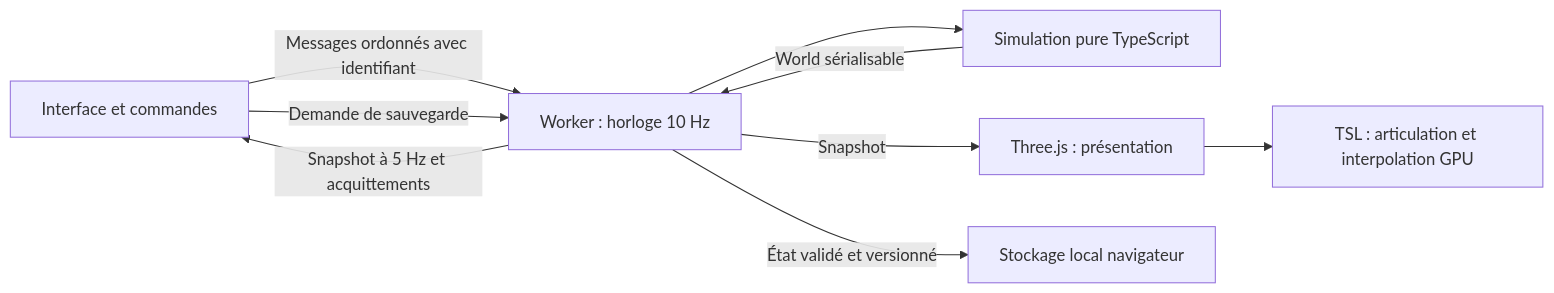
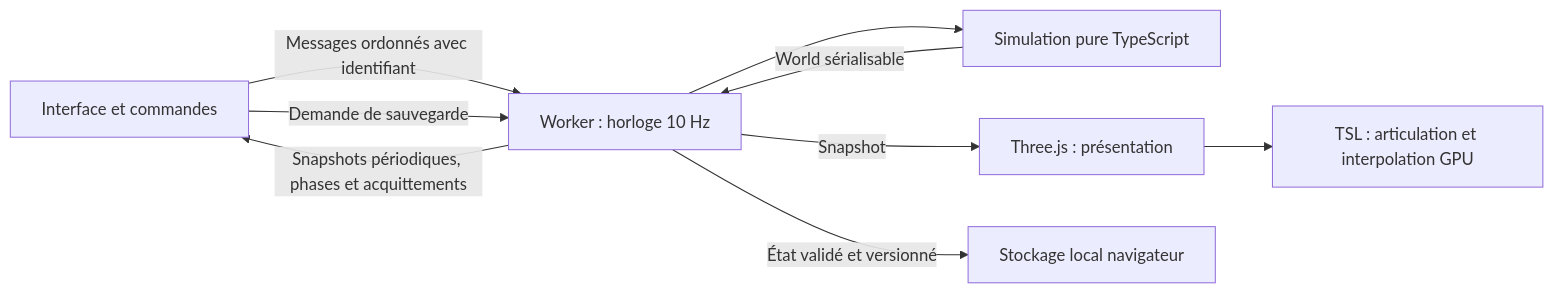
The diagram in docs/development/architecture.md (Duponch/RimWorld), drawn with Mermaid before and after one commit. The commit also changed other lines of this file and 35 other files, not shown here.

````diff
--- a/docs/development/architecture.md
+++ b/docs/development/architecture.md
@@ -17,11 +19,11 @@
 ```mermaid
 flowchart LR
   UI[Interface et commandes] -->|Messages ordonnés avec identifiant| Worker[Worker : horloge 10 Hz]
   Worker --> Sim[Simulation pure TypeScript]
   Sim -->|World sérialisable| Worker
-  Worker -->|Snapshot à 5 Hz et acquittements| UI
+  Worker -->|Snapshots périodiques, phases et acquittements| UI
   Worker -->|Snapshot| Render[Three.js : présentation]
   Render --> GPU[TSL : articulation et interpolation GPU]
   UI -->|Demande de sauvegarde| Worker
   Worker -->|État validé et versionné| Save[Stockage local navigateur]
 ```
````
